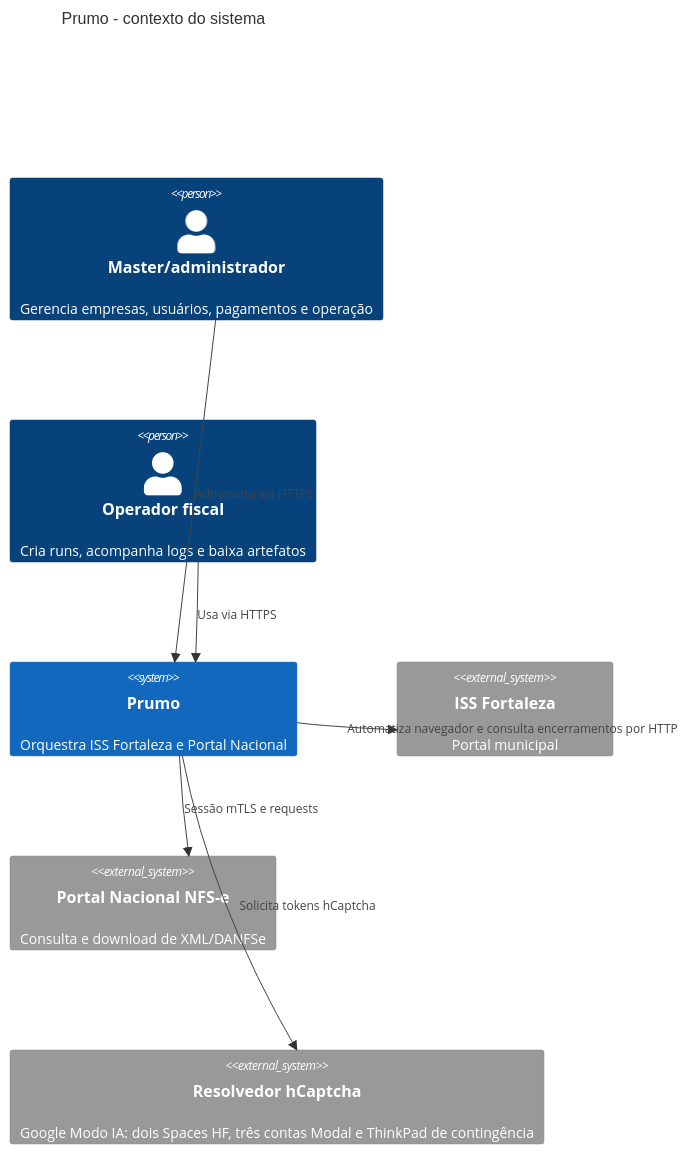
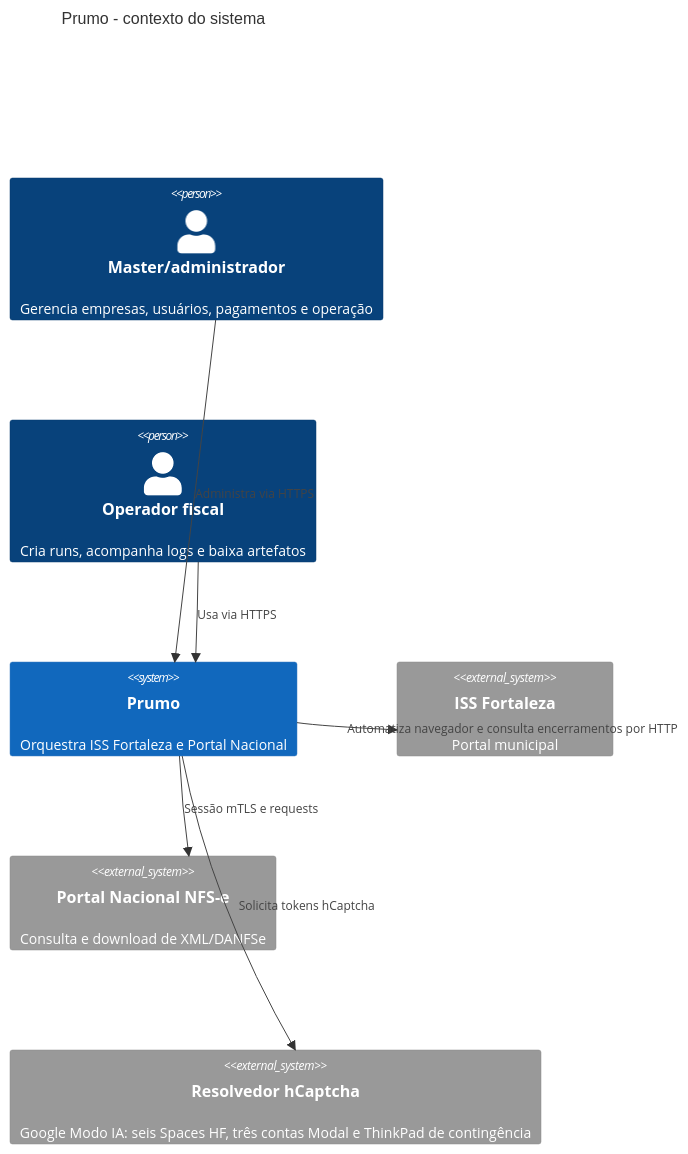
The first of 4 diagrams in docs/C4.md (prumosistemas/app), drawn with Mermaid before and after one commit. The commit also changed other lines of this file and 8 other files, not shown here.

````diff
--- a/docs/C4.md
+++ b/docs/C4.md
@@ -8,15 +8,15 @@
 ```mermaid
 C4Context
   title Prumo - contexto do sistema
   Person(master, "Master/administrador", "Gerencia empresas, usuários, pagamentos e operação")
   Person(operador, "Operador fiscal", "Cria runs, acompanha logs e baixa artefatos")
   System(prumo, "Prumo", "Orquestra ISS Fortaleza e Portal Nacional")
   System_Ext(iss, "ISS Fortaleza", "Portal municipal")
   System_Ext(nfse, "Portal Nacional NFS-e", "Consulta e download de XML/DANFSe")
-  System_Ext(ai, "Resolvedor hCaptcha", "Google Modo IA: dois Spaces HF, três contas Modal e ThinkPad de contingência")
+  System_Ext(ai, "Resolvedor hCaptcha", "Google Modo IA: seis Spaces HF, três contas Modal e ThinkPad de contingência")
   Rel(master, prumo, "Administra via HTTPS")
   Rel(operador, prumo, "Usa via HTTPS")
   Rel(prumo, iss, "Automatiza navegador e consulta encerramentos por HTTP")
   Rel(prumo, nfse, "Sessão mTLS e requests")
   Rel(prumo, ai, "Solicita tokens hCaptcha")
 ```
````
